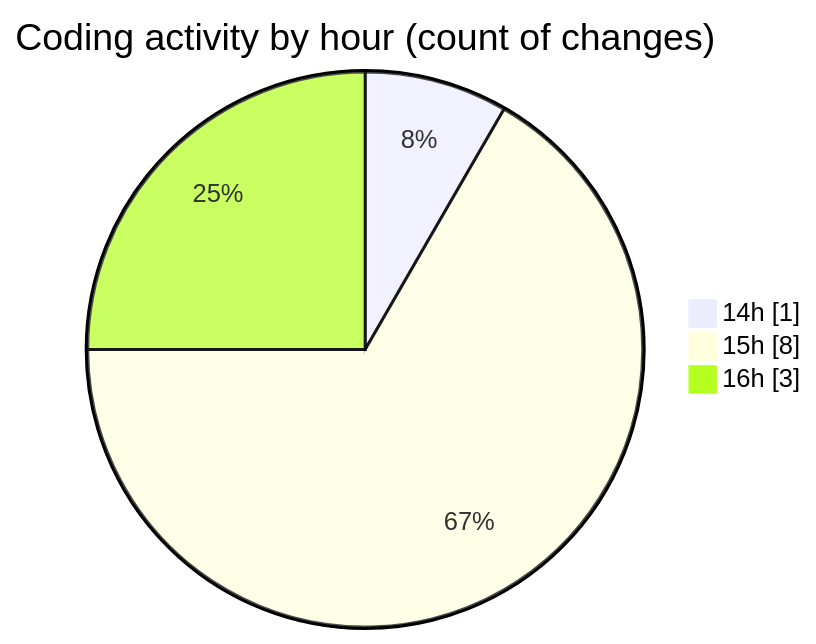
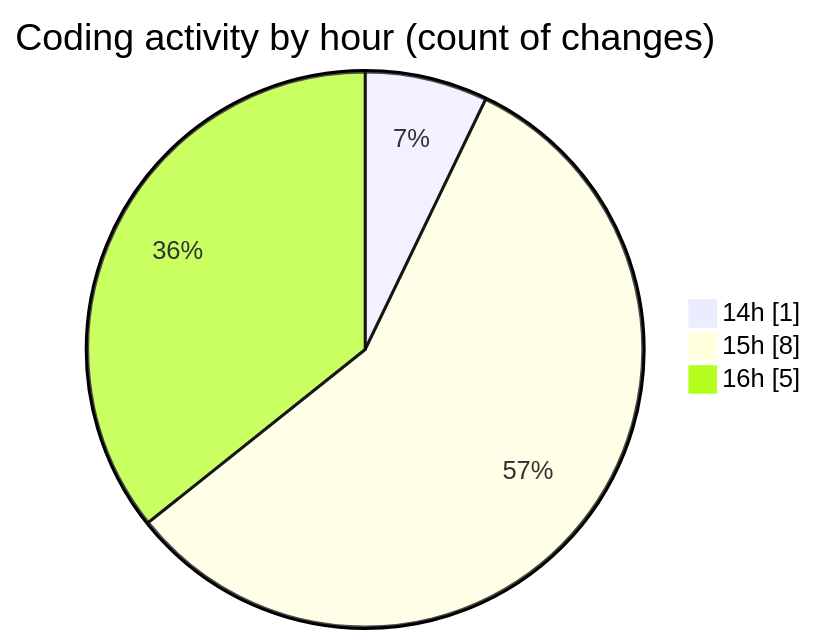
The second of 2 diagrams in 2025-06-07/www/README.md (vahidmafi/code-tracking), drawn with Mermaid before and after one commit. The commit also changed other lines of this file and 1 other file, not shown here.

````diff
--- a/2025-06-07/www/README.md
+++ b/2025-06-07/www/README.md
@@ -29,7 +29,7 @@
 ```mermaid
 pie showData
 title Coding activity by hour (count of changes)
 "14h" : 1
 "15h" : 8
-"16h" : 3
+"16h" : 5
 ```
````
